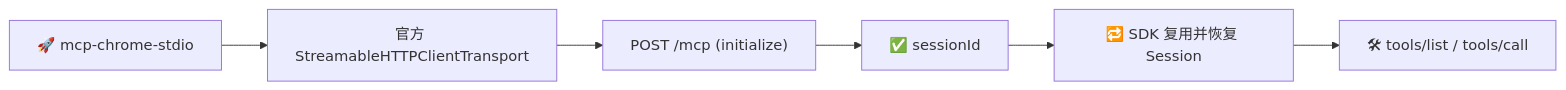
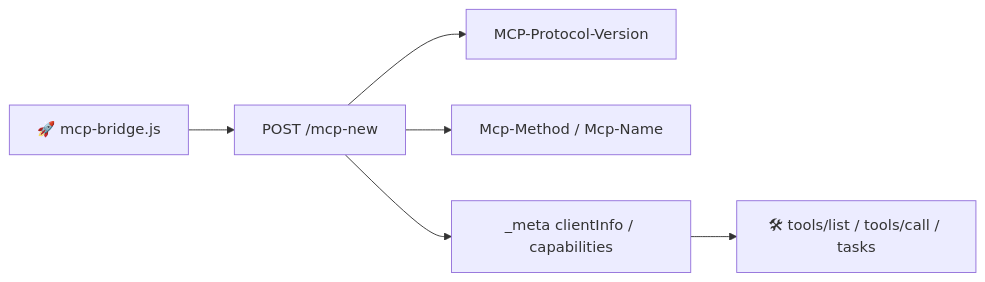
Before and after one commit to phoenixlucky/chrome-mcp-bridge-2026-skill: the diagram in README.md, drawn with Mermaid. The commit also changed other lines of this file and 5 other files, not shown here.

````diff
--- a/README.md
+++ b/README.md
@@ -324,8 +342,8 @@
 ```mermaid
 flowchart LR
-    A["🚀 mcp-chrome-stdio"] --> B["官方 StreamableHTTPClientTransport"]
-    B --> C["POST /mcp (initialize)"]
-    C --> D["✅ sessionId"]
-    D --> E["🔁 SDK 复用并恢复 Session"]
-    E --> F["🛠 tools/list / tools/call"]
+    A["🚀 mcp-bridge.js"] --> B["POST /mcp-new"]
+    B --> C["MCP-Protocol-Version"]
+    B --> D["Mcp-Method / Mcp-Name"]
+    B --> E["_meta clientInfo / capabilities"]
+    E --> F["🛠 tools/list / tools/call / tasks"]
 ```
````
